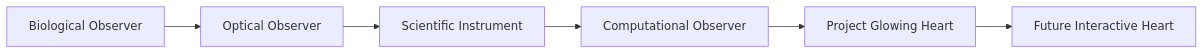
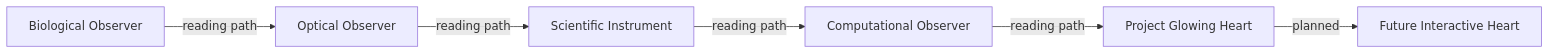
One commit to AetherTopologist/GD_xPRIMEray changed the diagram in Docs/Observatory/Observation_Atlas/diagrams/observer_journey.md. Above: the diagram before and after it, drawn with Mermaid. The commit also changed 8 other files, not shown here.

````diff
--- a/Docs/Observatory/Observation_Atlas/diagrams/observer_journey.md
+++ b/Docs/Observatory/Observation_Atlas/diagrams/observer_journey.md
@@ -3,8 +3,8 @@
 ```mermaid
 flowchart LR
-    B["Biological Observer"] --> O["Optical Observer"]
-    O --> S["Scientific Instrument"]
-    S --> C["Computational Observer"]
-    C --> G["Project Glowing Heart"]
-    G --> F["Future Interactive Heart"]
+    B["Biological Observer"] -->|reading path| O["Optical Observer"]
+    O -->|reading path| S["Scientific Instrument"]
+    S -->|reading path| C["Computational Observer"]
+    C -->|reading path| G["Project Glowing Heart"]
+    G -->|planned| F["Future Interactive Heart"]
 ```
````
